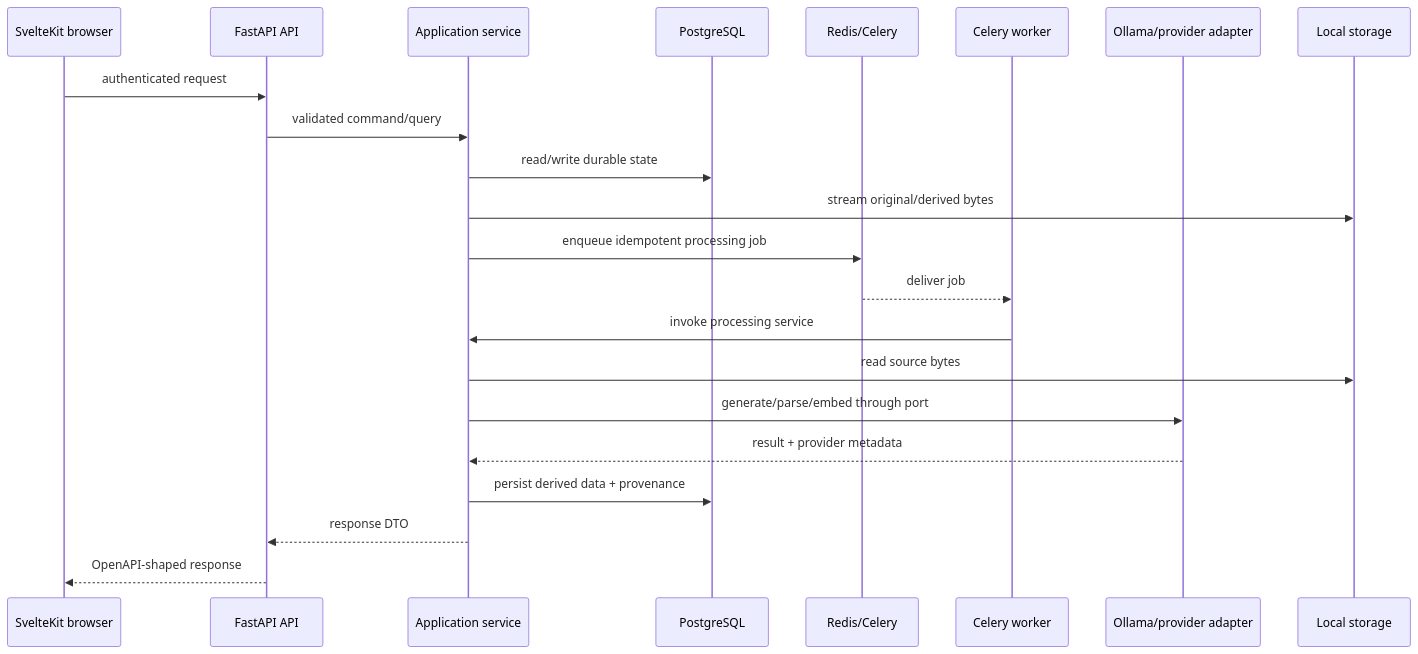
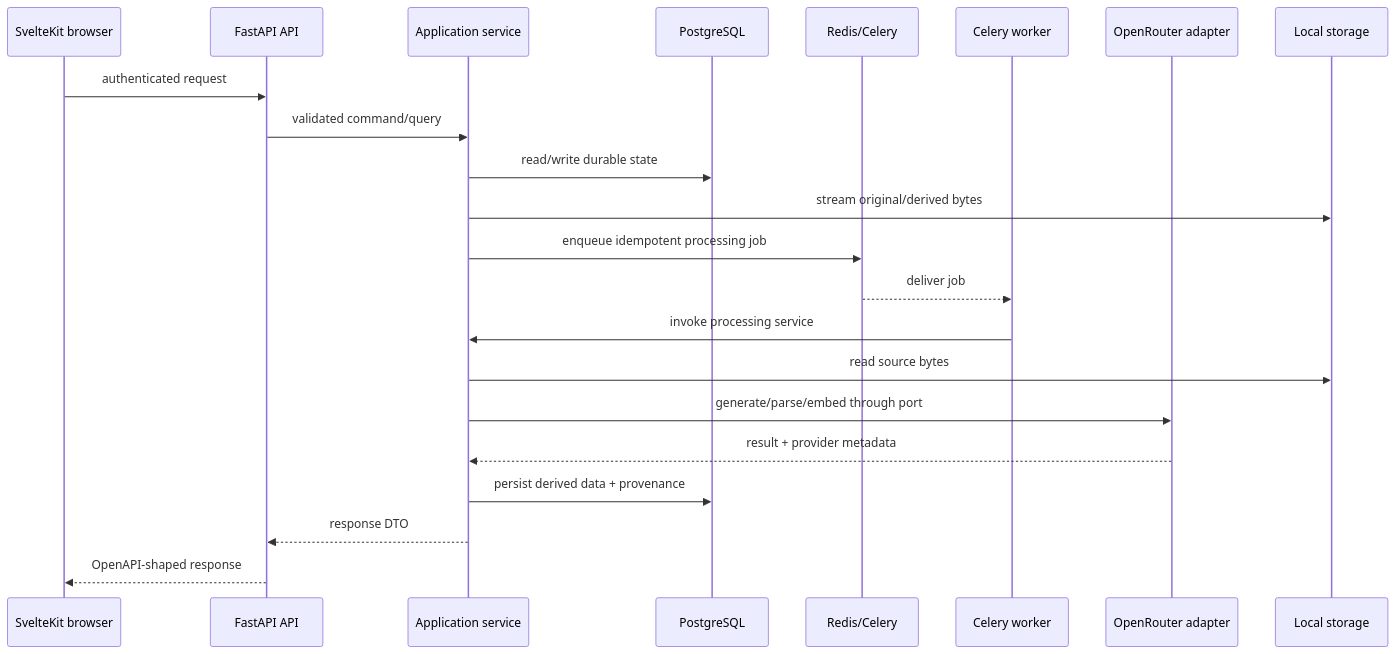
Before and after one commit to marcel-breuer/thought-harbor: the fourth of 4 diagrams in docs/architecture/overview.md, drawn with Mermaid. The commit also changed other lines of this file and 37 other files, not shown here.

Commit message:
feat: route AI generation through OpenRouter

````diff
--- a/docs/architecture/overview.md
+++ b/docs/architecture/overview.md
@@ -169,25 +169,25 @@
 ```mermaid
 sequenceDiagram
     participant Browser as SvelteKit browser
     participant API as FastAPI API
     participant App as Application service
     participant DB as PostgreSQL
     participant Redis as Redis/Celery
     participant Worker as Celery worker
-    participant AI as Ollama/provider adapter
+    participant AI as OpenRouter adapter
     participant Files as Local storage
 
     Browser->>API: authenticated request
     API->>App: validated command/query
     App->>DB: read/write durable state
     App->>Files: stream original/derived bytes
     App->>Redis: enqueue idempotent processing job
     Redis-->>Worker: deliver job
     Worker->>App: invoke processing service
     App->>Files: read source bytes
     App->>AI: generate/parse/embed through port
     AI-->>App: result + provider metadata
     App->>DB: persist derived data + provenance
     App-->>API: response DTO
     API-->>Browser: OpenAPI-shaped response
 ```
````
